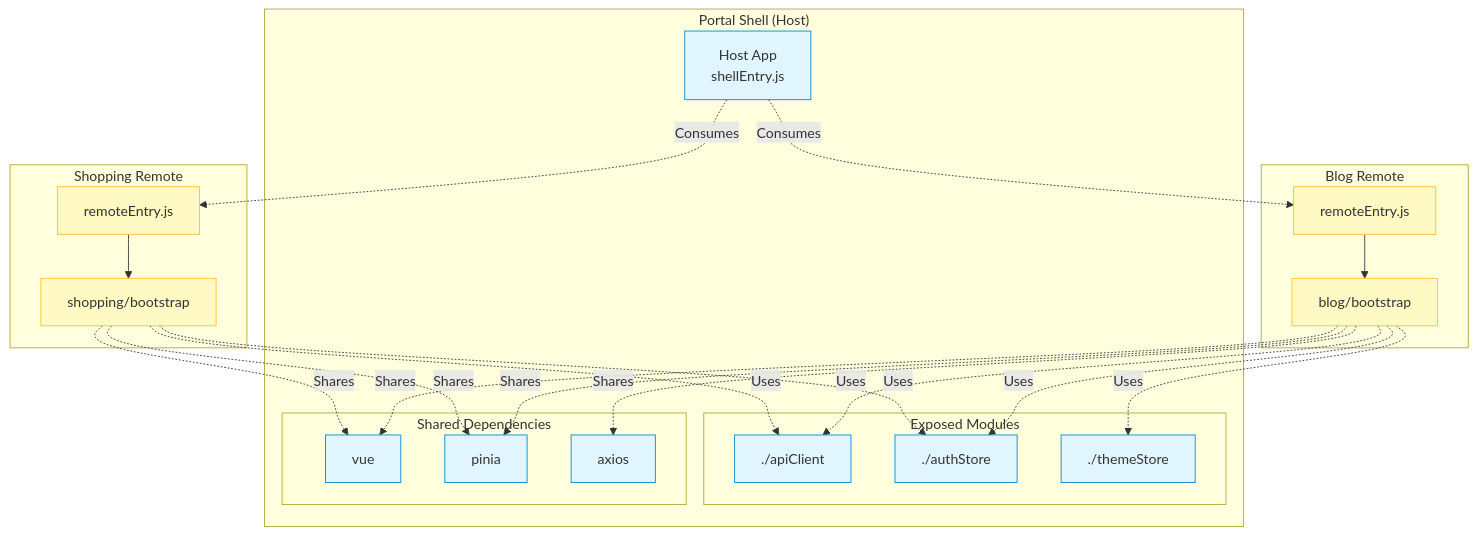
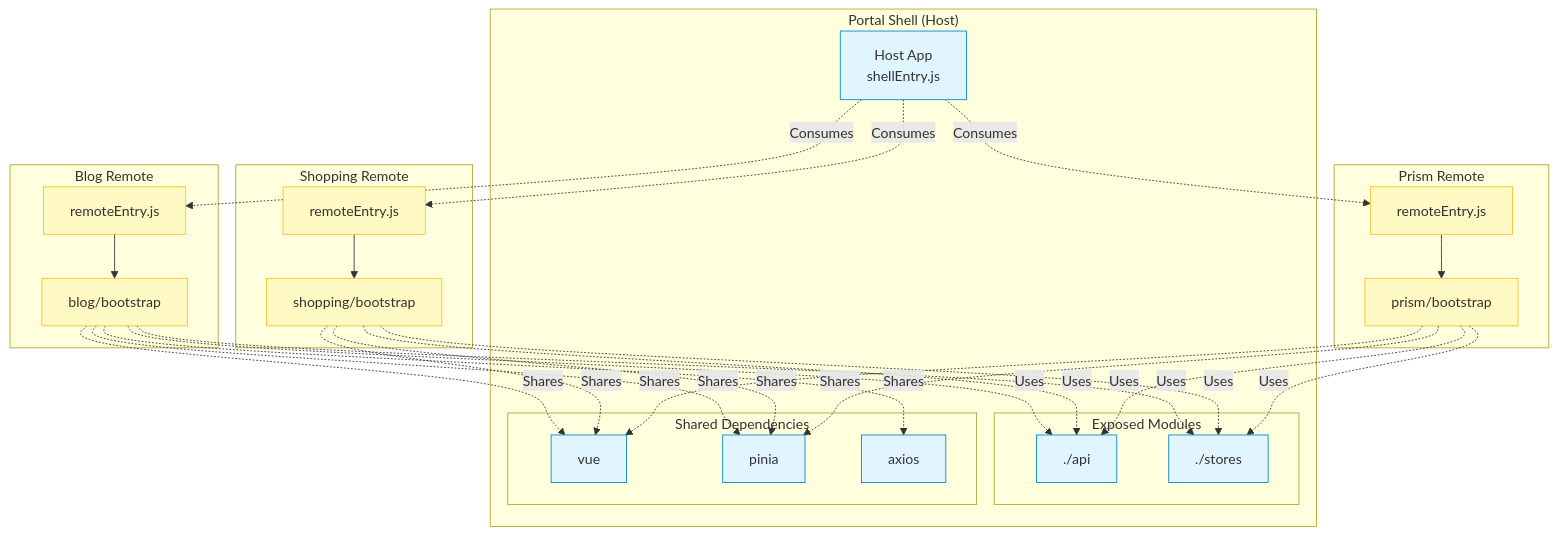
Before and after one commit to L-a-z-e/portal-universe: the first of 2 diagrams in frontend/portal-shell/docs/architecture/module-federation.md, drawn with Mermaid. The commit also changed other lines of this file and 6 other files, not shown here.

````diff
--- a/frontend/portal-shell/docs/architecture/module-federation.md
+++ b/frontend/portal-shell/docs/architecture/module-federation.md
@@ -24,55 +24,67 @@
 ```mermaid
 graph TB
     subgraph "Portal Shell (Host)"
         HOST[Host App<br/>shellEntry.js]
 
         subgraph "Exposed Modules"
-            E1[./apiClient]
-            E2[./authStore]
-            E3[./themeStore]
+            E1[./api]
+            E2[./stores]
         end
 
         subgraph "Shared Dependencies"
             S1[vue]
             S2[pinia]
             S3[axios]
         end
     end
 
     subgraph "Blog Remote"
         BR[blog/bootstrap]
         BRE[remoteEntry.js]
 
         BRE --> BR
     end
 
     subgraph "Shopping Remote"
         SR[shopping/bootstrap]
         SRE[remoteEntry.js]
 
         SRE --> SR
     end
 
+    subgraph "Prism Remote"
+        PR[prism/bootstrap]
+        PRE[remoteEntry.js]
+
+        PRE --> PR
+    end
+
     HOST -.->|Consumes| BRE
     HOST -.->|Consumes| SRE
+    HOST -.->|Consumes| PRE
 
     BR -.->|Uses| E1
     BR -.->|Uses| E2
-    BR -.->|Uses| E3
 
     SR -.->|Uses| E1
     SR -.->|Uses| E2
+
+    PR -.->|Uses| E1
+    PR -.->|Uses| E2
 
     BR -.->|Shares| S1
     BR -.->|Shares| S2
     BR -.->|Shares| S3
 
     SR -.->|Shares| S1
     SR -.->|Shares| S2
 
+    PR -.->|Shares| S1
+    PR -.->|Shares| S2
+
     classDef host fill:#e1f5ff,stroke:#0288d1
     classDef remote fill:#fff9c4,stroke:#fbc02d
 
-    class HOST,E1,E2,E3,S1,S2,S3 host
-    class BR,BRE,SR,SRE remote
+    class HOST,E1,E2,S1,S2,S3 host
+    class BR,BRE,SR,SRE,PR,PRE remote
 ```
````
